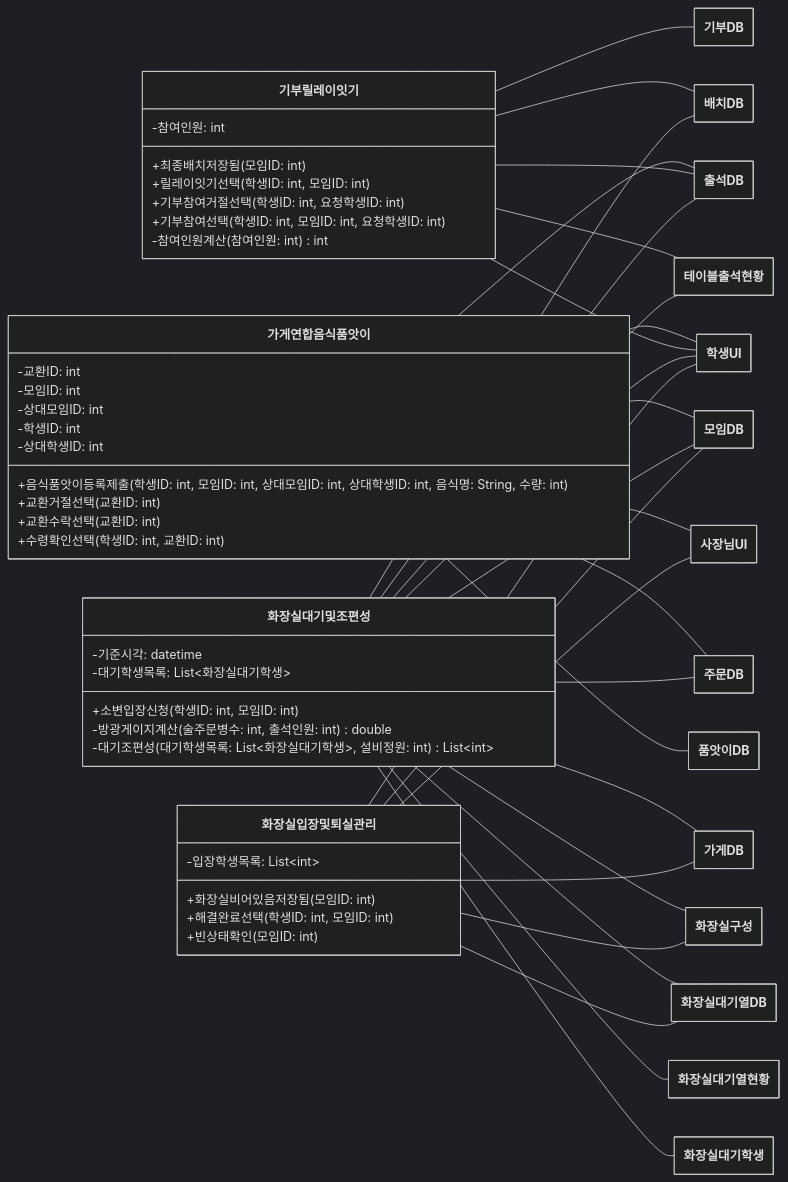
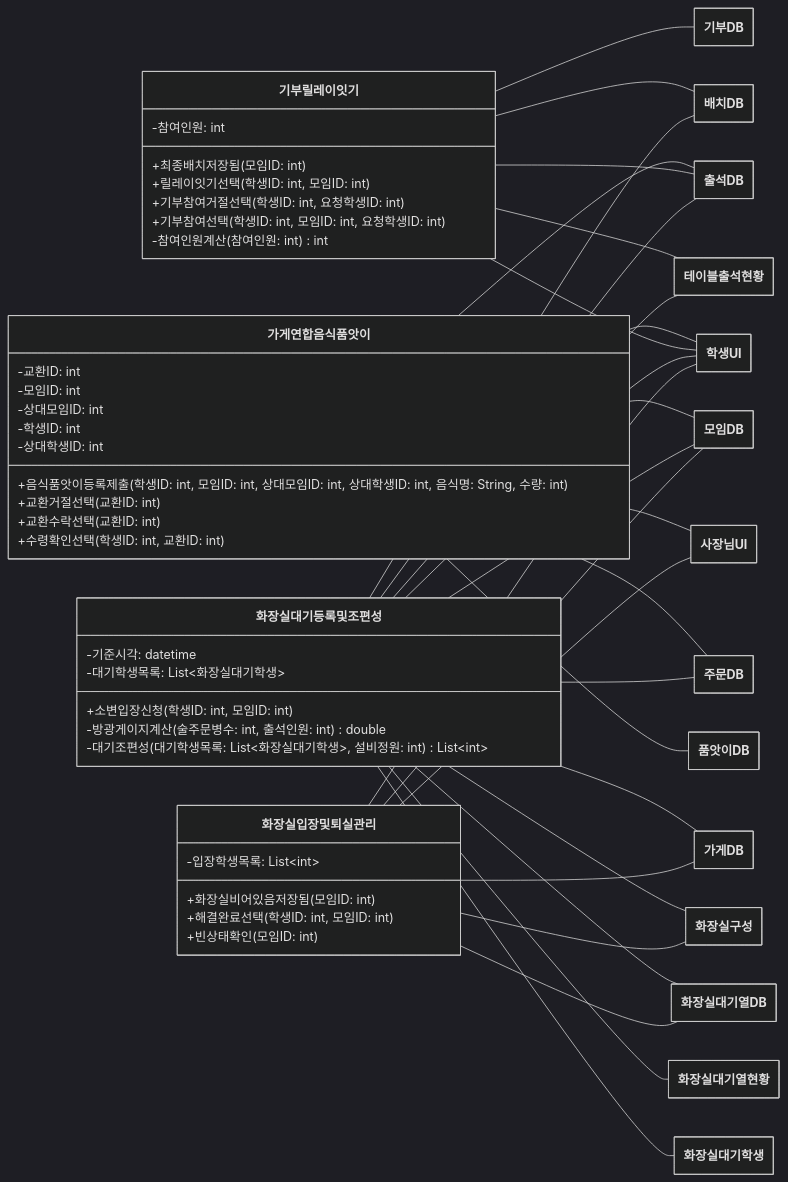
Before and after one commit to hojae3/sw-engineering-16: the fifth of 14 diagrams in class-diagram/class-diagram.md, drawn with Mermaid (dark theme). The commit also changed other lines of this file and 42 other files, not shown here.

```diff
--- a/class-diagram/class-diagram.md
+++ b/class-diagram/class-diagram.md
@@ -419,7 +419,7 @@
         +교환수락선택(교환ID: int)
         +수령확인선택(학생ID: int, 교환ID: int)
     }
-    class ToiletWaitAndGroup["화장실대기및조편성"] {
+    class ToiletWaitAndGroup["화장실대기등록및조편성"] {
         -기준시각: datetime
         -대기학생목록: List~화장실대기학생~
         +소변입장신청(학생ID: int, 모임ID: int)
```
